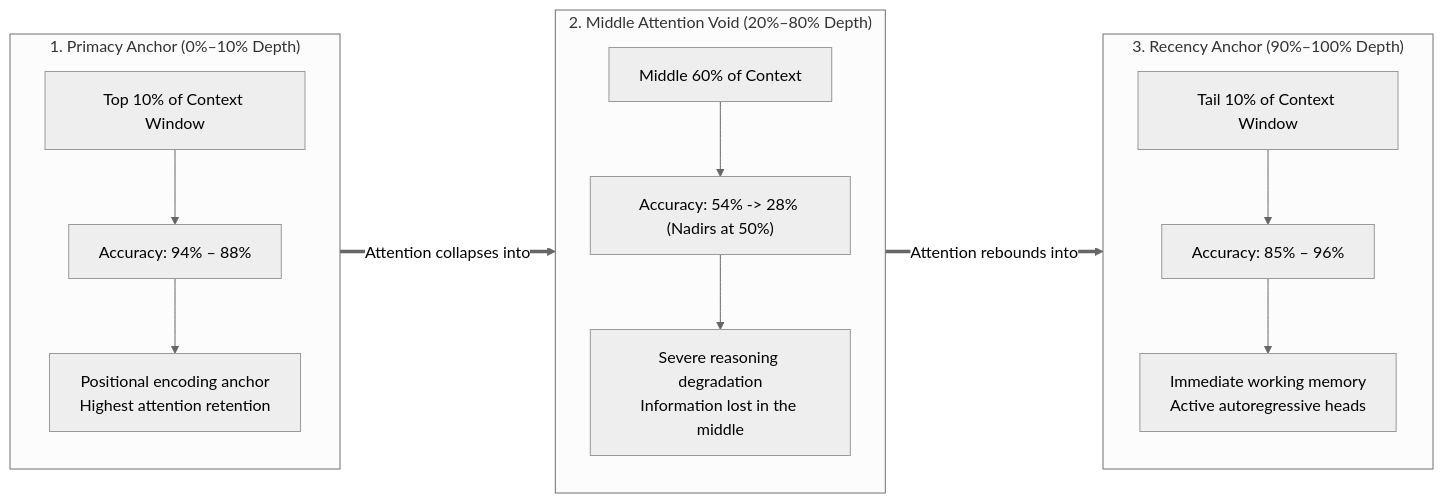
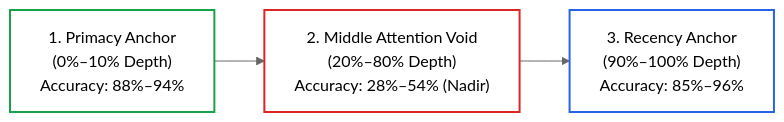
The first of 2 diagrams in 01-prompt-and-context-engineering/05-mecw-and-context-rot.md (dip4k/senior-engineer-to-ai-engineer-roadmap), drawn with Mermaid (neutral theme) before and after one commit. The commit also changed other lines of this file and 49 other files, not shown here.

````diff
--- a/01-prompt-and-context-engineering/05-mecw-and-context-rot.md
+++ b/01-prompt-and-context-engineering/05-mecw-and-context-rot.md
@@ -53,29 +65,9 @@
 ```mermaid
 flowchart LR
-    subgraph Primacy["1. Primacy Anchor (0%–10% Depth)"]
-        direction TB
-        P1["Top 10% of Context Window"]
-        P2["Accuracy: 94% – 88%"]
-        P3["Positional encoding anchor<br>Highest attention retention"]
-        P1 --> P2 --> P3
-    end
+    Primacy["1. Primacy Anchor<br>(0%–10% Depth)<br>Accuracy: 88%–94%"] --> Void["2. Middle Attention Void<br>(20%–80% Depth)<br>Accuracy: 28%–54% (Nadir)"]
+    Void --> Recency["3. Recency Anchor<br>(90%–100% Depth)<br>Accuracy: 85%–96%"]
 
-    subgraph Void["2. Middle Attention Void (20%–80% Depth)"]
-        direction TB
-        V1["Middle 60% of Context"]
-        V2["Accuracy: 54% -> 28% (Nadirs at 50%)"]
-        V3["Severe reasoning degradation<br>Information lost in the middle"]
-        V1 --> V2 --> V3
-    end
-
-    subgraph Recency["3. Recency Anchor (90%–100% Depth)"]
-        direction TB
-        R1["Tail 10% of Context Window"]
-        R2["Accuracy: 85% – 96%"]
-        R3["Immediate working memory<br>Active autoregressive heads"]
-        R1 --> R2 --> R3
-    end
-
-    Primacy ==>|"Attention collapses into"| Void
-    Void ==>|"Attention rebounds into"| Recency
+    style Primacy fill:none,stroke:#16a34a,stroke-width:2px
+    style Void fill:none,stroke:#dc2626,stroke-width:2px
+    style Recency fill:none,stroke:#2563eb,stroke-width:2px
 ```
````
